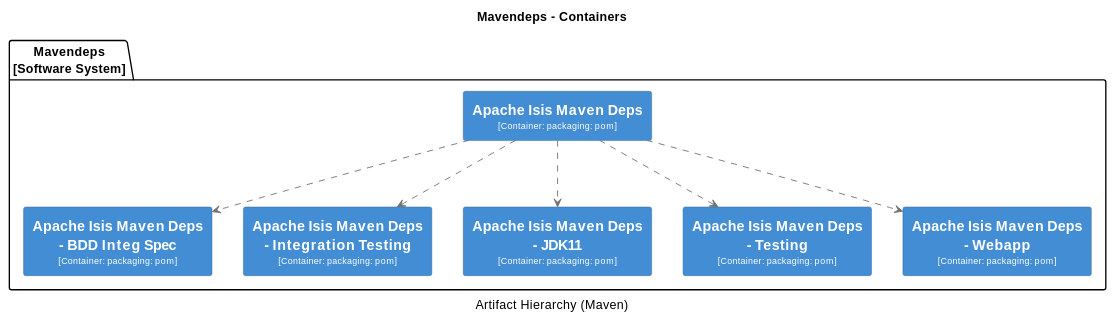
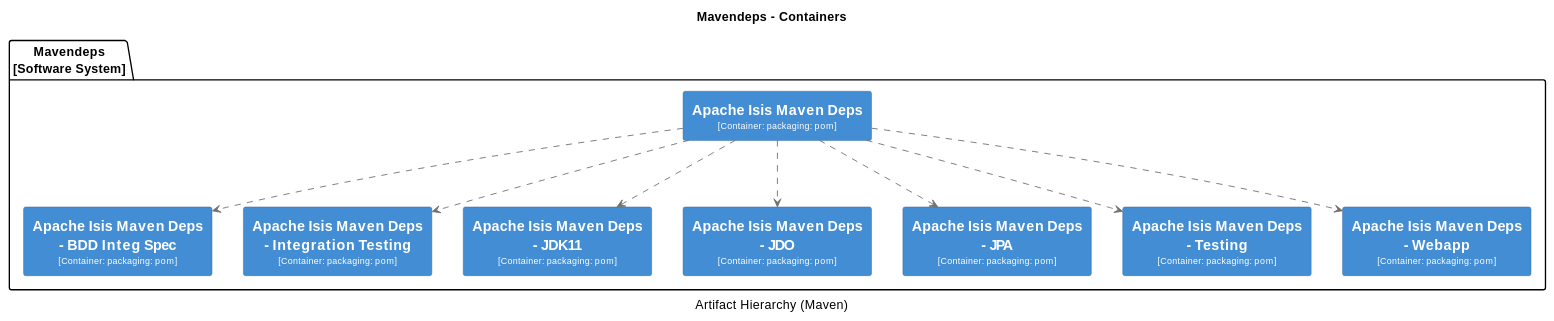
The fifth of 18 diagrams in antora/components/system/modules/generated/pages/system-overview.adoc (apache/causeway), drawn with PlantUML before and after one commit. The commit also changed other lines of this file and 11 other files, not shown here.

```diff
--- a/antora/components/system/modules/generated/pages/system-overview.adoc
+++ b/antora/components/system/modules/generated/pages/system-overview.adoc
@@ -669,59 +734,73 @@
 [plantuml,Mavendeps,svg]
 ----
 @startuml(id=Mavendeps)
 title Mavendeps - Containers
 caption Artifact Hierarchy (Maven)
 
 skinparam {
   shadowing false
   arrowFontSize 10
   defaultTextAlignment center
   wrapWidth 200
   maxMessageSize 100
 }
 hide stereotype
 skinparam rectangle<<2>> {
   BackgroundColor #438dd5
   FontColor #fffffe
   BorderColor #2E6295
 }
 skinparam rectangle<<3>> {
   BackgroundColor #438dd5
   FontColor #fffffe
   BorderColor #2E6295
 }
 skinparam rectangle<<4>> {
   BackgroundColor #438dd5
   FontColor #fffffe
   BorderColor #2E6295
 }
 skinparam rectangle<<5>> {
   BackgroundColor #438dd5
   FontColor #fffffe
   BorderColor #2E6295
 }
 skinparam rectangle<<6>> {
   BackgroundColor #438dd5
   FontColor #fffffe
   BorderColor #2E6295
 }
 skinparam rectangle<<7>> {
   BackgroundColor #438dd5
   FontColor #fffffe
   BorderColor #2E6295
 }
+skinparam rectangle<<8>> {
+  BackgroundColor #438dd5
+  FontColor #fffffe
+  BorderColor #2E6295
+}
+skinparam rectangle<<9>> {
+  BackgroundColor #438dd5
+  FontColor #fffffe
+  BorderColor #2E6295
+}
 package "Mavendeps\n[Software System]" {
   rectangle "==Apache Isis Maven Deps\n<size:10>[Container: packaging: pom]</size>" <<2>> as 2
   rectangle "==Apache Isis Maven Deps - BDD Integ Spec\n<size:10>[Container: packaging: pom]</size>" <<3>> as 3
   rectangle "==Apache Isis Maven Deps - Integration Testing\n<size:10>[Container: packaging: pom]</size>" <<4>> as 4
   rectangle "==Apache Isis Maven Deps - JDK11\n<size:10>[Container: packaging: pom]</size>" <<5>> as 5
-  rectangle "==Apache Isis Maven Deps - Testing\n<size:10>[Container: packaging: pom]</size>" <<6>> as 6
-  rectangle "==Apache Isis Maven Deps - Webapp\n<size:10>[Container: packaging: pom]</size>" <<7>> as 7
+  rectangle "==Apache Isis Maven Deps - JDO\n<size:10>[Container: packaging: pom]</size>" <<6>> as 6
+  rectangle "==Apache Isis Maven Deps - JPA\n<size:10>[Container: packaging: pom]</size>" <<7>> as 7
+  rectangle "==Apache Isis Maven Deps - Testing\n<size:10>[Container: packaging: pom]</size>" <<8>> as 8
+  rectangle "==Apache Isis Maven Deps - Webapp\n<size:10>[Container: packaging: pom]</size>" <<9>> as 9
 }
 2 .[#707070].> 3 : ""
 2 .[#707070].> 4 : ""
 2 .[#707070].> 5 : ""
 2 .[#707070].> 6 : ""
 2 .[#707070].> 7 : ""
+2 .[#707070].> 8 : ""
+2 .[#707070].> 9 : ""
 @enduml
 ----
```
